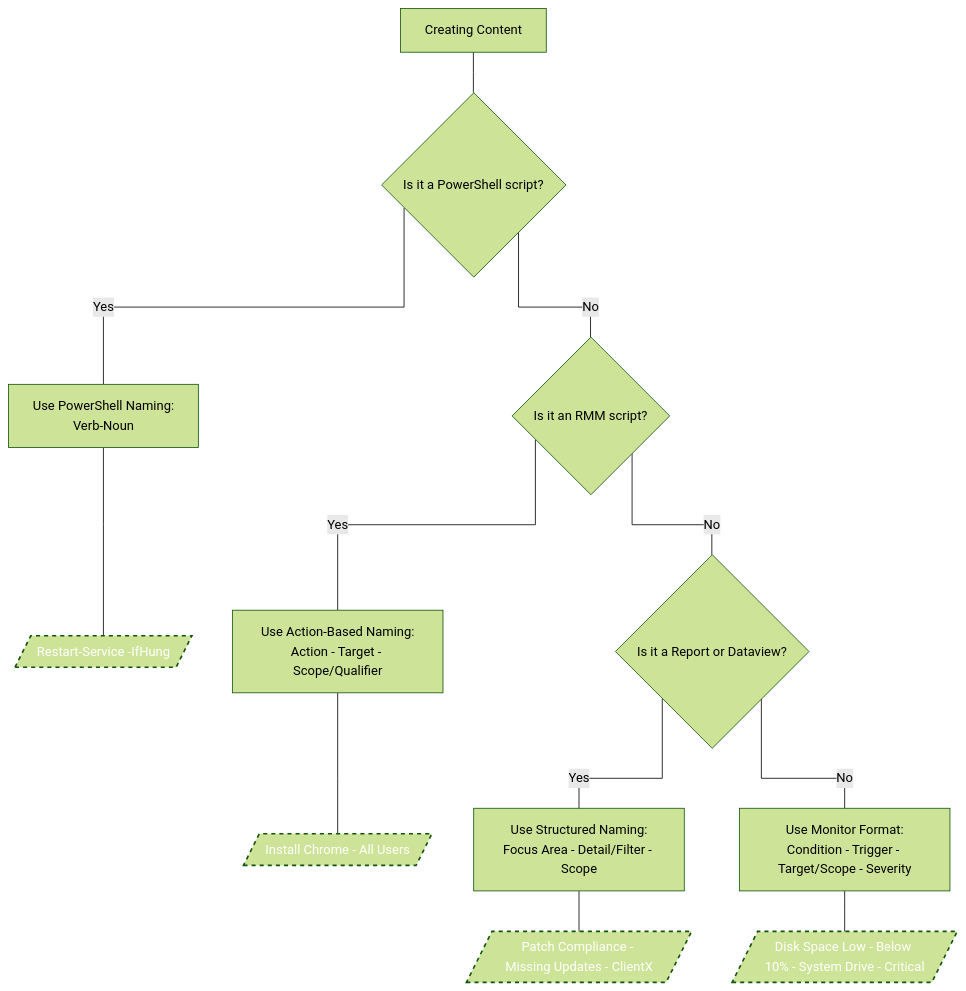
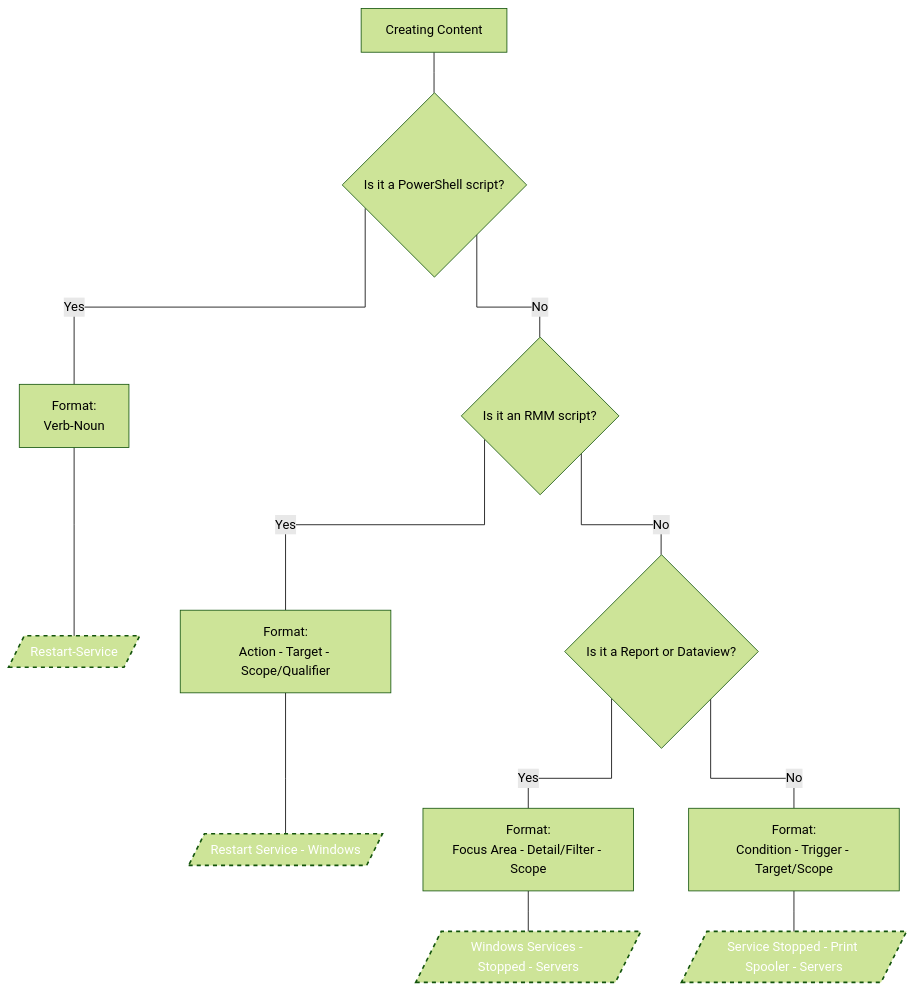
The diagram in NAMING_CONVENTIONS.md (ProVal-Tech/development-standards), drawn with Mermaid (forest theme) before and after one commit. The commit also changed other lines of this file, not shown here.

Commit message:
Add naming conventions

````diff
--- a/NAMING_CONVENTIONS.md
+++ b/NAMING_CONVENTIONS.md
@@ -1,22 +1,22 @@
 ```mermaid
 %%{init: {'flowchart' : {'curve' : 'stepBefore'}}}%%
 flowchart TD
 
     A[Creating Content] --- B{Is it a PowerShell script?}
 
-    B ---|Yes| C[Use PowerShell Naming:<br>Verb-Noun]
-    C --- CEx[/Restart-Service -IfHung/]
+    B ---|Yes| C[Format:<br>Verb-Noun]
+    C --- CEx[/Restart-Service/]
 
     B ---|No| D{Is it an RMM script?}
-    D ---|Yes| E[Use Action-Based Naming:<br>Action - Target - Scope/Qualifier]
-    E --- EEx[/Install Chrome - All Users/]
+    D ---|Yes| E[Format:<br>Action - Target - Scope/Qualifier]
+    E --- EEx[/Restart Service - Windows/]
 
     D ---|No| F{Is it a Report or Dataview?}
-    F ---|Yes| G[Use Structured Naming:<br>Focus Area - Detail/Filter - Scope]
-    G --- GEx[/Patch Compliance - Missing Updates - ClientX/]
+    F ---|Yes| G[Format:<br>Focus Area - Detail/Filter - Scope]
+    G --- GEx[/Windows Services - Stopped - Servers/]
 
-    F ---|No| H[Use Monitor Format:<br>Condition - Trigger - Target/Scope - Severity]
-    H --- HEx[/Disk Space Low - Below 10% - System Drive - Critical/]
+    F ---|No| H[Format:<br>Condition - Trigger - Target/Scope]
+    H --- HEx[/Service Stopped - Print Spooler - Servers/]
     classDef dotted stroke-width:2px,color:#fff,stroke-dasharray:5 5
     class CEx,EEx,GEx,HEx dotted
 ```
````
